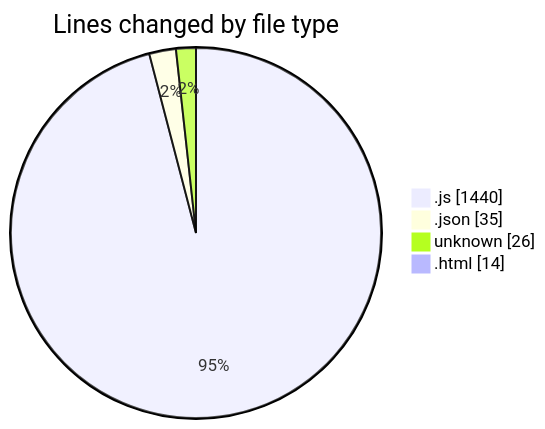
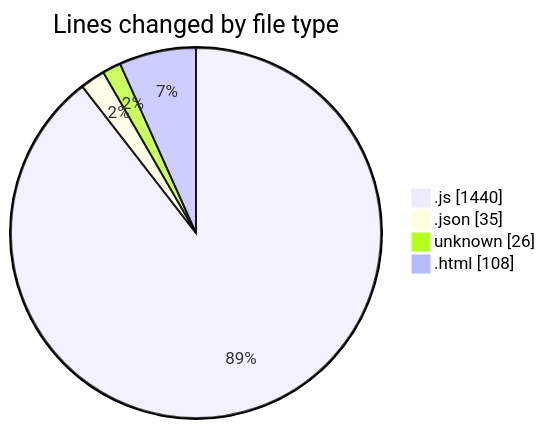
Before and after one commit to becaeroporto-bot/code-tracking: the first of 2 diagrams in 2026-02-20/bot_i_a/README.md, drawn with Mermaid. The commit also changed other lines of this file and 1 other file, not shown here.

````diff
--- a/2026-02-20/bot_i_a/README.md
+++ b/2026-02-20/bot_i_a/README.md
@@ -34,8 +36,8 @@
 ```mermaid
 pie showData
 title Lines changed by file type
 ".js" : 1440
 ".json" : 35
 "unknown" : 26
-".html" : 14
+".html" : 108
 ```
````
